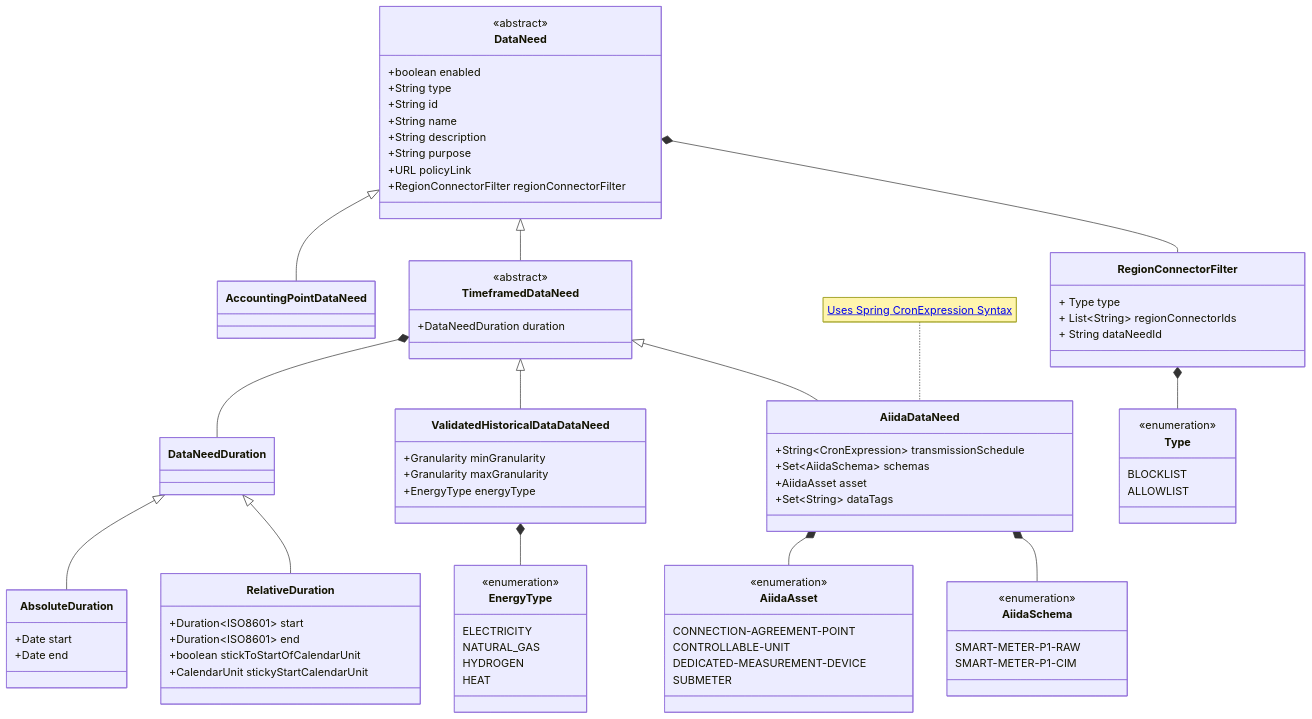
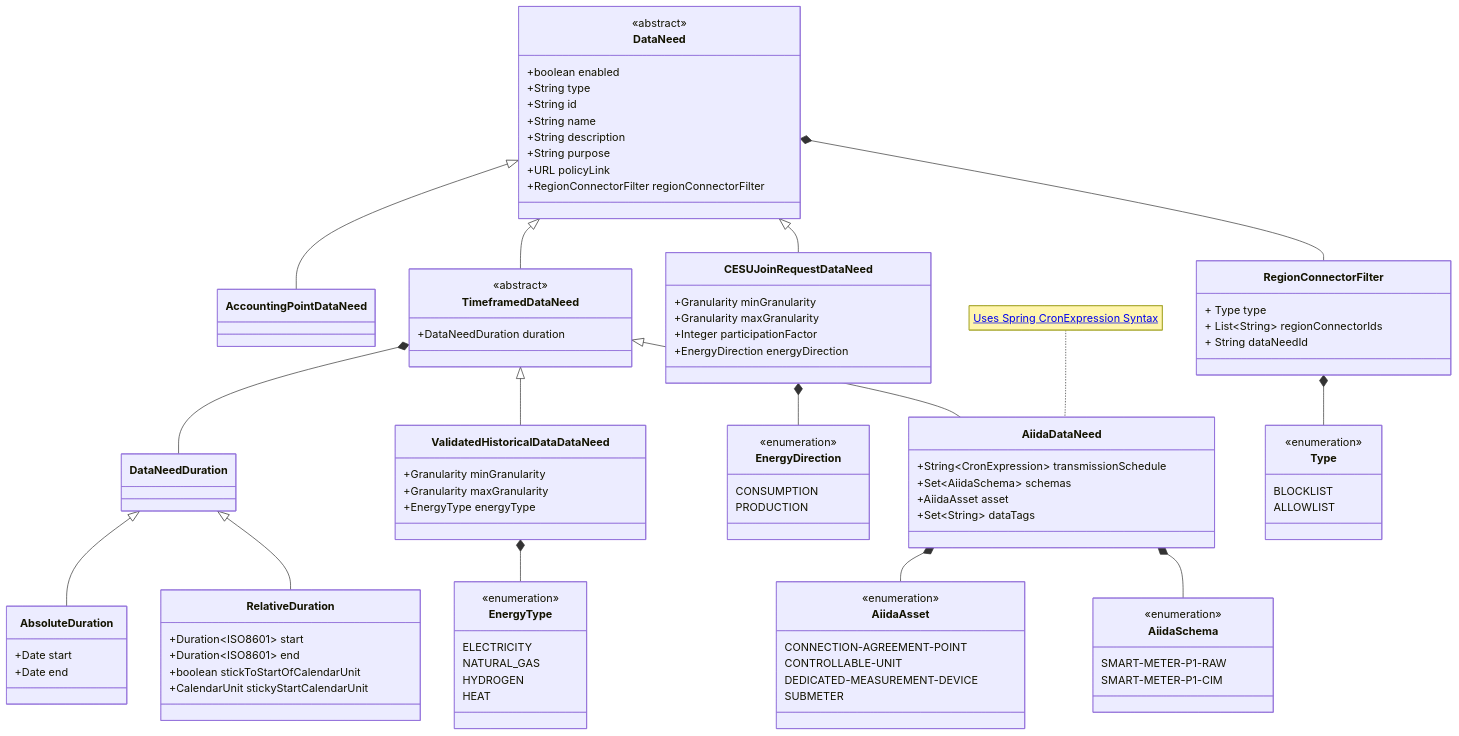
The diagram in data-needs/data-needs.mermaid (eddie-energy/eddie), drawn with Mermaid before and after one commit. The commit also changed 1 other file, not shown here.

Commit message:
GH-2342 docs: Add documentation for CESUJoinRequestDataNeed

```diff
--- a/data-needs/data-needs.mermaid
+++ b/data-needs/data-needs.mermaid
@@ -1,94 +1,108 @@
 %% SPDX-FileCopyrightText: 2025 The EDDIE Developers <eddie.developers@fh-hagenberg.at>
 %% SPDX-License-Identifier: Apache-2.0
 classDiagram
     class DataNeed {
         <<abstract>>
         +boolean enabled
         +String type
         +String id
         +String name
         +String description
         +String purpose
         +URL policyLink
         +RegionConnectorFilter regionConnectorFilter
     }
 
     class AccountingPointDataNeed
 
     class TimeframedDataNeed {
         <<abstract>>
         +DataNeedDuration duration
     }
 
     class ValidatedHistoricalDataDataNeed {
         +Granularity minGranularity
         +Granularity maxGranularity
         +EnergyType energyType
     }
 
     class AiidaDataNeed {
         +String~CronExpression~ transmissionSchedule
         +Set~AiidaSchema~ schemas
         +AiidaAsset asset
         +Set~String~ dataTags
     }
     note for AiidaDataNeed "<a href='https://docs.spring.io/spring-framework/docs/current/javadoc-api/org/springframework/scheduling/support/CronExpression.html'>Uses Spring CronExpression Syntax</a>"
+
+    class CESUJoinRequestDataNeed {
+        +Granularity minGranularity
+        +Granularity maxGranularity
+        +Integer participationFactor
+        +EnergyDirection energyDirection
+    }
+    class EnergyDirection {
+        <<enumeration>>
+        CONSUMPTION
+        PRODUCTION
+    }
 
     class EnergyType {
         <<enumeration>>
         ELECTRICITY
         NATURAL_GAS
         HYDROGEN
         HEAT
     }
 
     class AiidaSchema {
         <<enumeration>>
         SMART-METER-P1-RAW
         SMART-METER-P1-CIM
     }
 
     class AiidaAsset {
         <<enumeration>>
         CONNECTION-AGREEMENT-POINT
         CONTROLLABLE-UNIT
         DEDICATED-MEASUREMENT-DEVICE
         SUBMETER
     }
 
     class DataNeedDuration
 
     class RelativeDuration {
         +Duration~ISO8601~ start
         +Duration~ISO8601~ end
         +boolean stickToStartOfCalendarUnit
         +CalendarUnit stickyStartCalendarUnit
     }
 
     class AbsoluteDuration {
         +Date start
         +Date end
     }
     class RegionConnectorFilter {
         + Type type
         + List~String~ regionConnectorIds
         + String dataNeedId
     }
     class Type {
         <<enumeration>>
         BLOCKLIST
         ALLOWLIST
     }
 
     DataNeed <|-- AccountingPointDataNeed
     DataNeed <|-- TimeframedDataNeed
     TimeframedDataNeed *-- DataNeedDuration
     TimeframedDataNeed <|-- ValidatedHistoricalDataDataNeed
     ValidatedHistoricalDataDataNeed *-- EnergyType
     DataNeedDuration <|-- AbsoluteDuration
     DataNeedDuration <|-- RelativeDuration
     AiidaDataNeed *-- AiidaAsset
     AiidaDataNeed *-- AiidaSchema
     TimeframedDataNeed <|-- AiidaDataNeed
+    DataNeed <|-- CESUJoinRequestDataNeed
+    CESUJoinRequestDataNeed *-- EnergyDirection
     DataNeed *-- RegionConnectorFilter
     RegionConnectorFilter *-- Type
```
